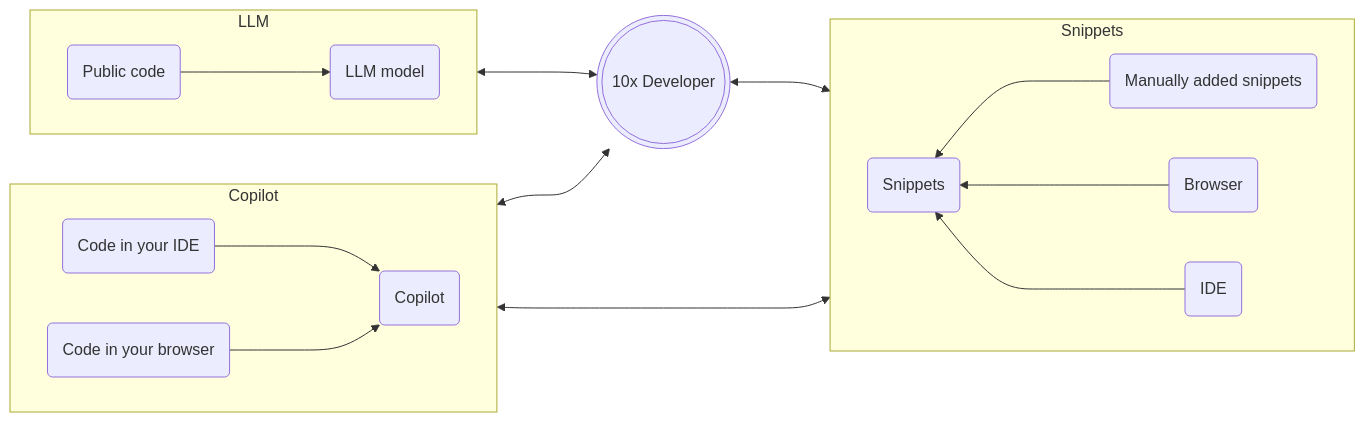
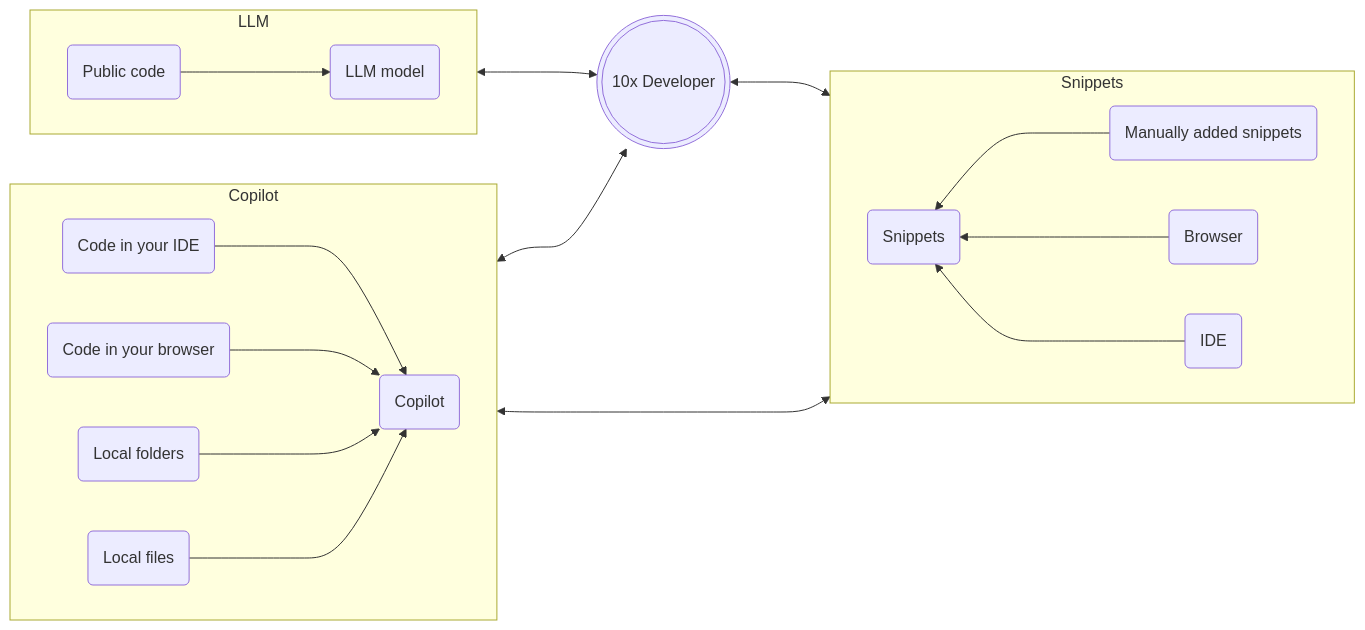
Before and after one commit to pieces-app/workshops: the sixth of 7 diagrams in 10x-developer-productivity/slides.md, drawn with Mermaid. The commit also changed other lines of this file and 13 other files, not shown here.

````diff
--- a/10x-developer-productivity/slides.md
+++ b/10x-developer-productivity/slides.md
@@ -534,23 +602,25 @@
 ```mermaid
 flowchart LR
     subgraph LLM
         direction LR
         public-cloud(Public code)--->llm-model(LLM model)
     end
     subgraph Copilot
         direction LR
         code-ide(Code in your IDE)--->copilot-ide(Copilot)
         web(Code in your browser)--->copilot-ide(Copilot)
+        folder(Local folders)--->copilot-ide(Copilot)
+        file(Local files)--->copilot-ide(Copilot)
     end
     subgraph Snippets
         direction RL
         snippets(Snippets)
         manual-snippet(Manually added snippets)--->snippets(Snippets)
         browser-snippet(Browser)--->snippets(Snippets)
         ide-snippet(IDE)--->snippets(Snippets)
     end
     LLM<--->context(((10x Developer)))
     Copilot<--->context(((10x Developer)))
     context(((10x Developer)))<--->Snippets
     Copilot<--->Snippets
 ```
````
